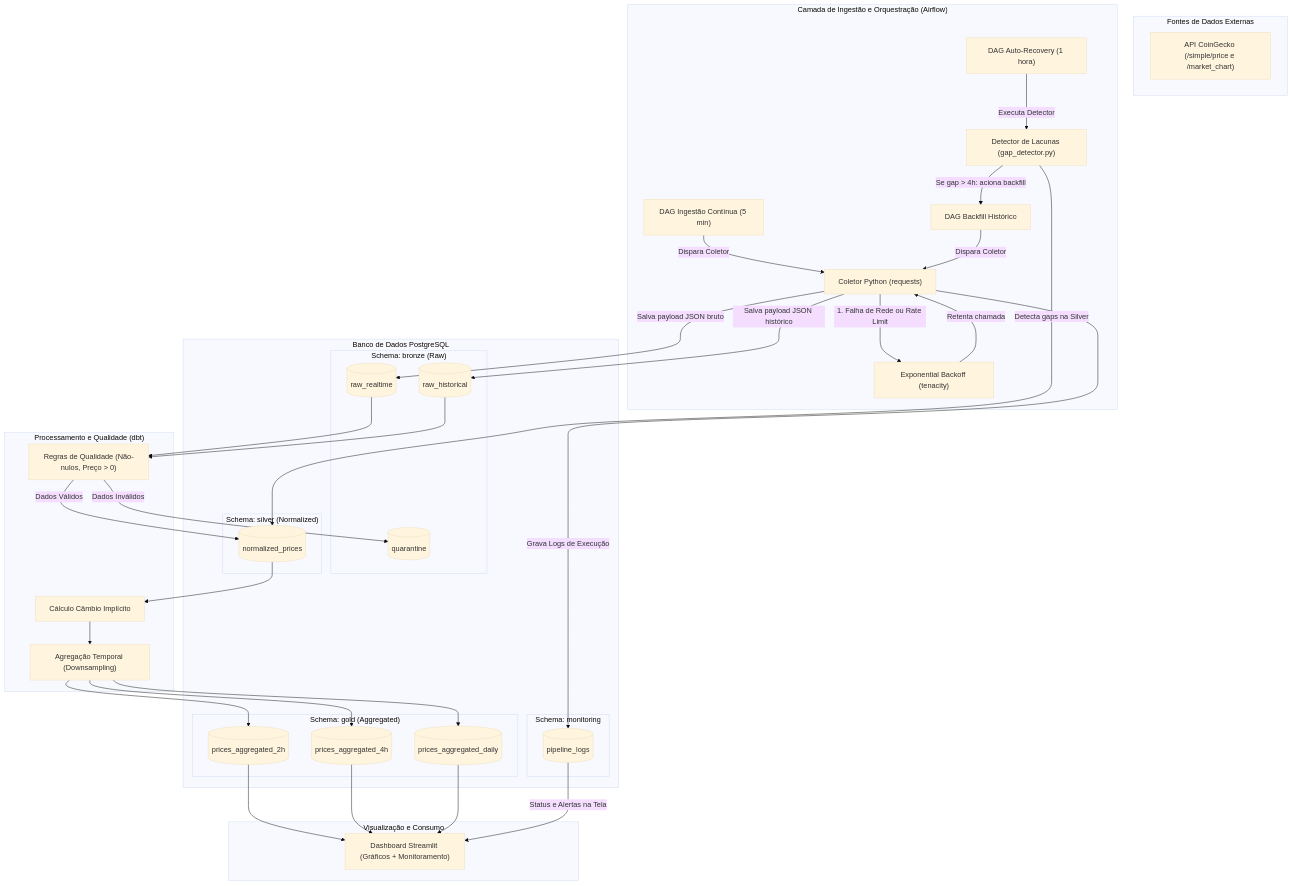
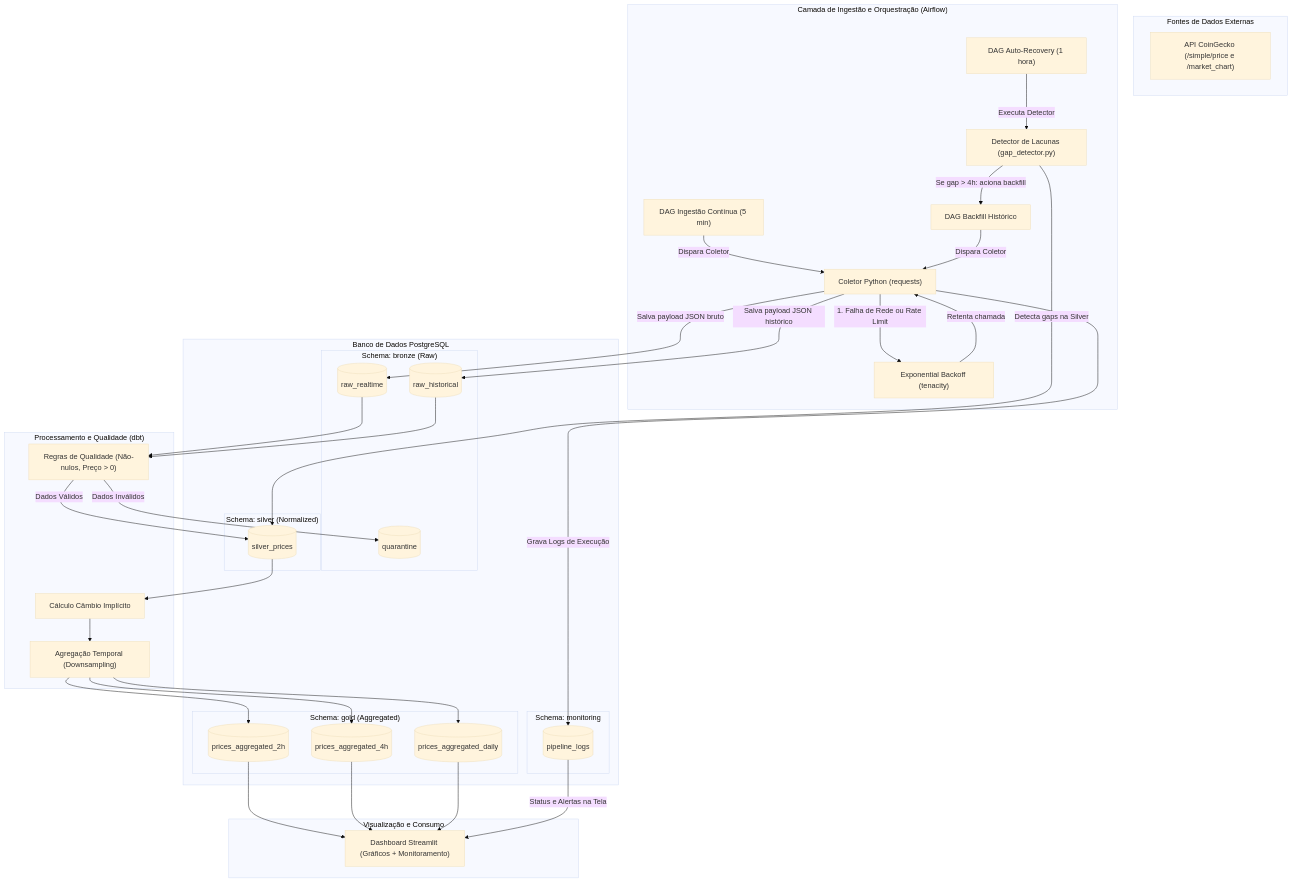
Before and after one commit to joaobizzo/btc-data-pipeline: the diagram in README.md, drawn with Mermaid (base theme). The commit also changed other lines of this file and 2 other files, not shown here.

Commit message:
docs: atualizar referencias de tabelas e dividir falas no roteiro de apresentacao

````diff
--- a/README.md
+++ b/README.md
@@ -17,78 +17,78 @@
 ```mermaid
 graph TD
     subgraph FONTES_EXTERNAS ["Fontes de Dados Externas"]
         API_CG["API CoinGecko (/simple/price e /market_chart)"]
     end
 
     subgraph INGESTAO_ORQUESTRACAO ["Camada de Ingestão e Orquestração (Airflow)"]
         DAG_RT["DAG Ingestão Contínua (5 min)"]
         DAG_BF["DAG Backfill Histórico"]
         DAG_AR["DAG Auto-Recovery (1 hora)"]
         
         DAG_RT -->|Dispara Coletor| COL_PY["Coletor Python (requests)"]
         DAG_BF -->|Dispara Coletor| COL_PY
         DAG_AR -->|Executa Detector| GAP_DET["Detector de Lacunas (gap_detector.py)"]
         
         COL_PY -->|1. Falha de Rede ou Rate Limit| RETRY["Exponential Backoff (tenacity)"]
         RETRY -->|Retenta chamada| COL_PY
     end
 
     subgraph ARMAZENAMENTO_POSTGRES ["Banco de Dados PostgreSQL"]
         
         subgraph BRONZE_SCHEMA ["Schema: bronze (Raw)"]
             T_RAW_RT[(raw_realtime)]
             T_RAW_BF[(raw_historical)]
             T_QUARANTINE[(quarantine)]
         end
 
         subgraph SILVER_SCHEMA ["Schema: silver (Normalized)"]
-            T_SILVER[(normalized_prices)]
+            T_SILVER[(silver_prices)]
         end
 
         subgraph GOLD_SCHEMA ["Schema: gold (Aggregated)"]
             T_GOLD_2H[(prices_aggregated_2h)]
             T_GOLD_4H[(prices_aggregated_4h)]
             T_GOLD_DAILY[(prices_aggregated_daily)]
         end
 
         subgraph MONITORING_SCHEMA ["Schema: monitoring"]
             T_LOGS[(pipeline_logs)]
         end
     end
 
     subgraph TRANSFORMACAO_QUALIDADE ["Processamento e Qualidade (dbt)"]
         VALID_RULES["Regras de Qualidade (Não-nulos, Preço > 0)"]
         CALC_FX["Cálculo Câmbio Implícito"]
         AGG_TIME["Agregação Temporal (Downsampling)"]
     end
 
     subgraph CONSUMO_SERVING ["Visualização e Consumo"]
         DASH_STREAMLIT["Dashboard Streamlit (Gráficos + Monitoramento)"]
     end
 
     %% Fluxos principais de dados
     COL_PY -->|Salva payload JSON bruto| T_RAW_RT
     COL_PY -->|Salva payload JSON histórico| T_RAW_BF
     
     T_RAW_RT --> VALID_RULES
     T_RAW_BF --> VALID_RULES
     
     VALID_RULES -->|Dados Válidos| T_SILVER
     VALID_RULES -->|Dados Inválidos| T_QUARANTINE
     
     T_SILVER --> CALC_FX
     CALC_FX --> AGG_TIME
     AGG_TIME --> T_GOLD_2H
     AGG_TIME --> T_GOLD_4H
     AGG_TIME --> T_GOLD_DAILY
     
     T_GOLD_2H --> DASH_STREAMLIT
     T_GOLD_4H --> DASH_STREAMLIT
     T_GOLD_DAILY --> DASH_STREAMLIT
 
     %% Fluxos de Monitoramento e Retroalimentação
     COL_PY -->|Grava Logs de Execução| T_LOGS
     T_LOGS -->|Status e Alertas na Tela| DASH_STREAMLIT
     GAP_DET -->|Detecta gaps na Silver| T_SILVER
     GAP_DET -->|Se gap > 4h: aciona backfill| DAG_BF
 ```
````
